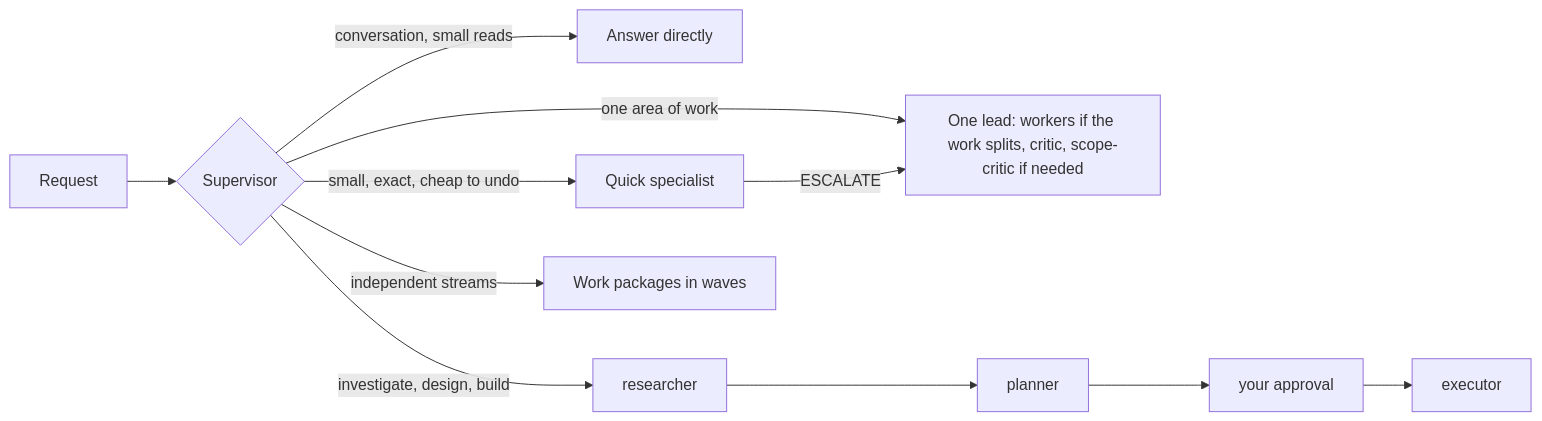
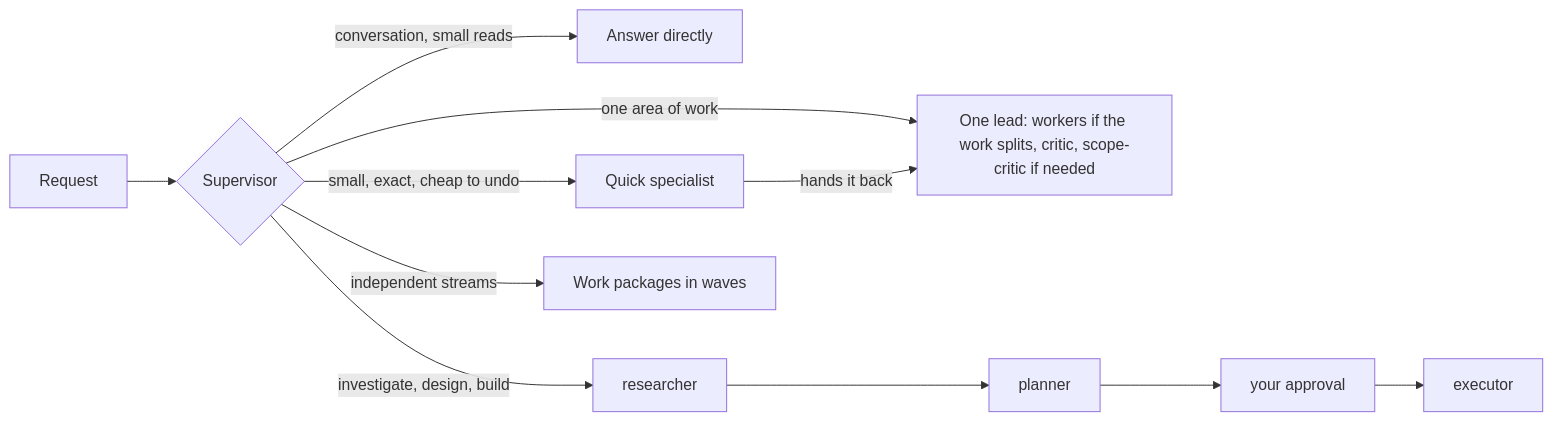
One commit to sly2j/claude-supervisor changed the first of 3 diagrams in README.md. Above: the diagram before and after it, drawn with Mermaid. The commit also changed other lines of this file and 6 other files, not shown here.

````diff
--- a/README.md
+++ b/README.md
@@ -86,10 +95,10 @@
 ```mermaid
 flowchart LR
   R[Request] --> S{Supervisor}
   S -->|conversation, small reads| D[Answer directly]
   S -->|small, exact, cheap to undo| Q[Quick specialist]
   S -->|one area of work| L["One lead: workers if the work splits, critic, scope-critic if needed"]
   S -->|investigate, design, build| C1[researcher] --> C2[planner] --> C3[your approval] --> C4[executor]
   S -->|independent streams| W[Work packages in waves]
-  Q -->|ESCALATE| L
+  Q -->|hands it back| L
 ```
````
